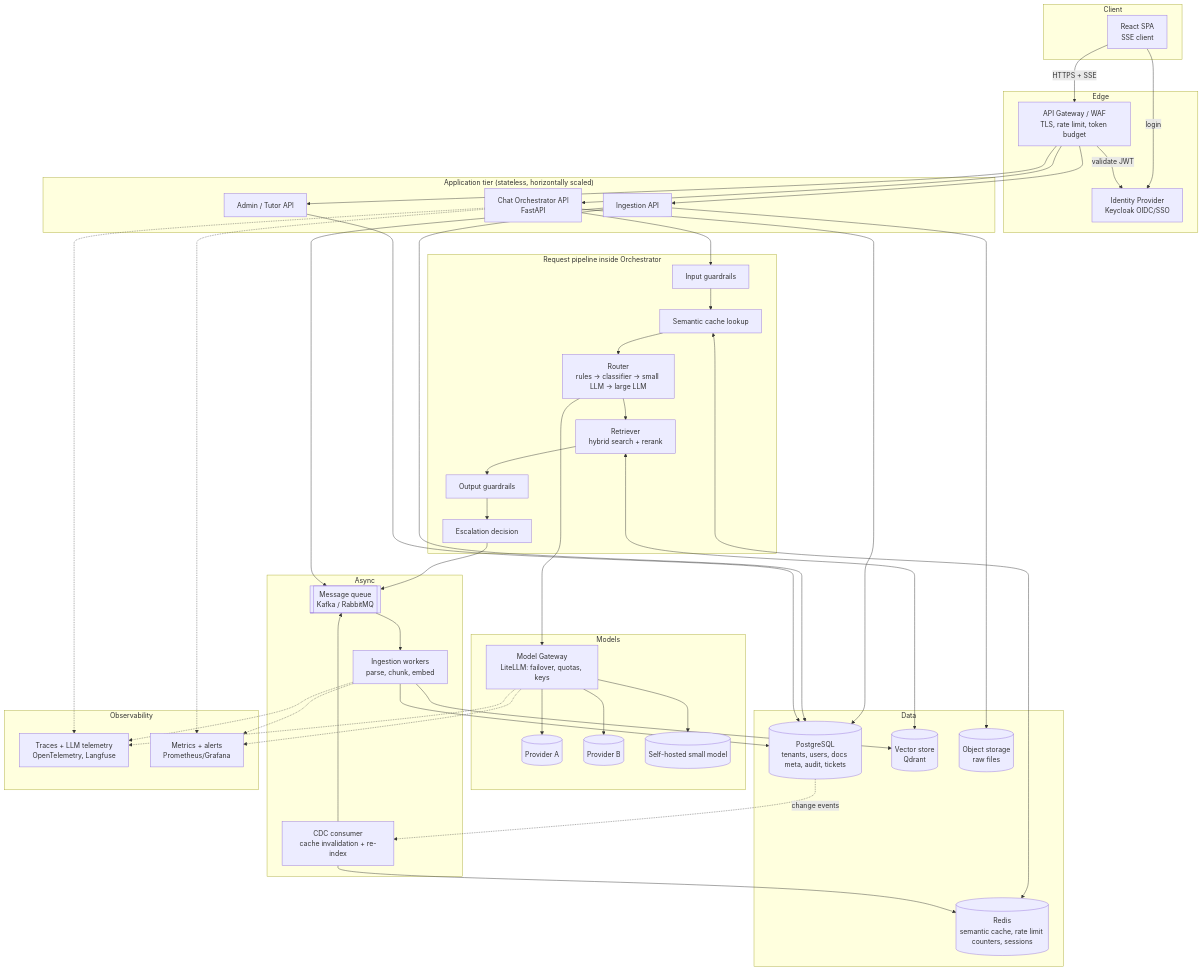
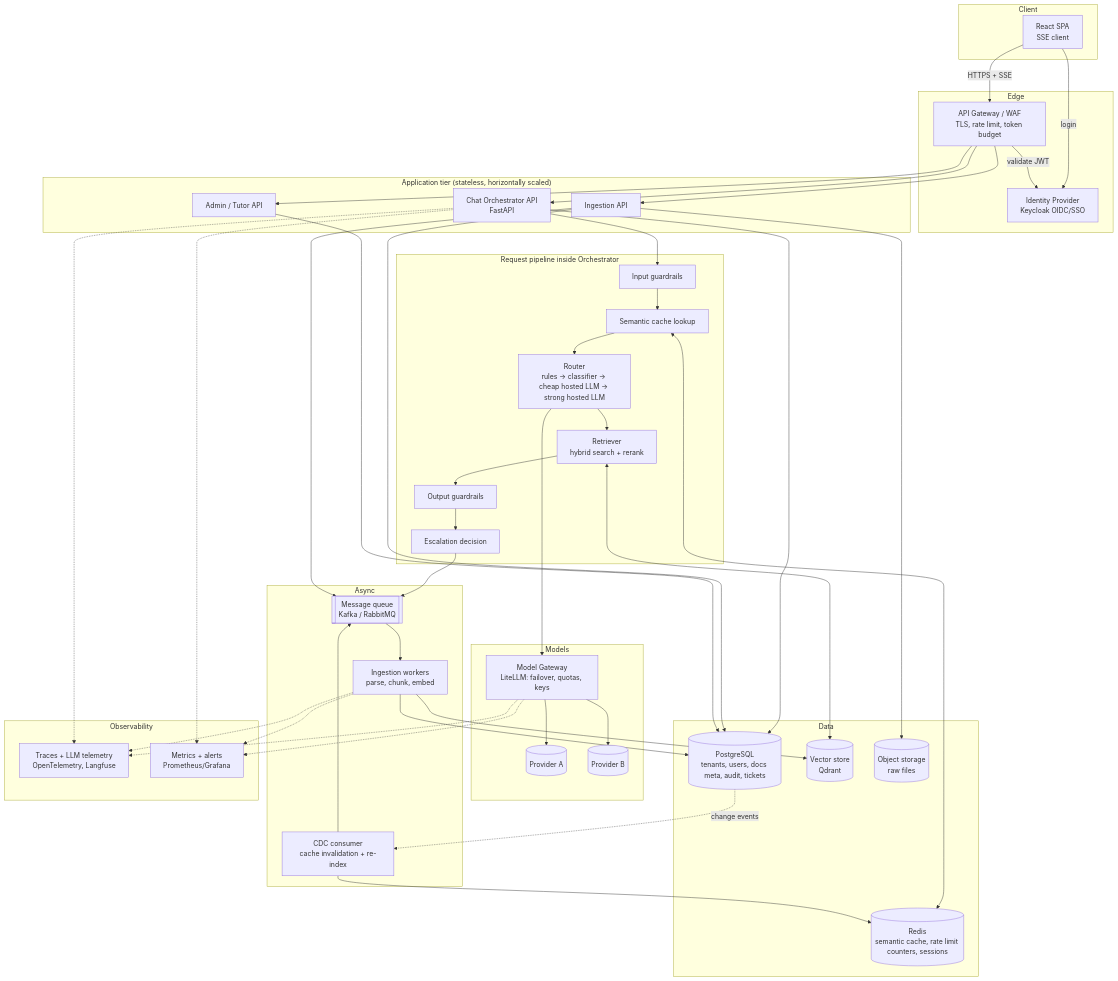
One commit to izasahmedldeveloper/ai-labs changed the diagram in docs/01-high-level-design.md. Above: the diagram before and after it, drawn with Mermaid. The commit also changed other lines of this file, not shown here.

First line of the commit message:
HLD: remove self-hosted small model; clarify router/retriever order

````diff
--- a/docs/01-high-level-design.md
+++ b/docs/01-high-level-design.md
@@ -16,61 +16,60 @@
 ```mermaid
 flowchart TB
   subgraph Client
     UI[React SPA<br/>SSE client]
   end
   subgraph Edge
     GW[API Gateway / WAF<br/>TLS, rate limit, token budget]
     IDP[Identity Provider<br/>Keycloak OIDC/SSO]
   end
   subgraph App["Application tier (stateless, horizontally scaled)"]
     CHAT[Chat Orchestrator API<br/>FastAPI]
     ING[Ingestion API]
     ADM[Admin / Tutor API]
   end
   subgraph Pipeline["Request pipeline inside Orchestrator"]
     IG[Input guardrails]
     SC[Semantic cache lookup]
-    RT[Router<br/>rules → classifier → small LLM → large LLM]
+    RT[Router<br/>rules → classifier → cheap hosted LLM → strong hosted LLM]
     RAG[Retriever<br/>hybrid search + rerank]
     OG[Output guardrails]
     HITL[Escalation decision]
   end
   subgraph Models
     MG[Model Gateway<br/>LiteLLM: failover, quotas, keys]
     P1[(Provider A)]
     P2[(Provider B)]
-    P3[(Self-hosted small model)]
   end
   subgraph Async
     Q[[Message queue<br/>Kafka / RabbitMQ]]
     W[Ingestion workers<br/>parse, chunk, embed]
     CDC[CDC consumer<br/>cache invalidation + re-index]
   end
   subgraph Data
     PG[(PostgreSQL<br/>tenants, users, docs meta, audit, tickets)]
     VS[(Vector store<br/>Qdrant)]
     RC[(Redis<br/>semantic cache, rate limit counters, sessions)]
     OBJ[(Object storage<br/>raw files)]
   end
   subgraph Obs[Observability]
     TR[Traces + LLM telemetry<br/>OpenTelemetry, Langfuse]
     MET[Metrics + alerts<br/>Prometheus/Grafana]
   end
 
   UI -->|HTTPS + SSE| GW --> CHAT
   UI -->|login| IDP
   GW -->|validate JWT| IDP
   GW --> ING & ADM
   CHAT --> IG --> SC --> RT --> RAG --> OG --> HITL
   SC <--> RC
   RAG <--> VS
-  RT --> MG --> P1 & P2 & P3
+  RT --> MG --> P1 & P2
   HITL --> Q
   ING --> OBJ
   ING --> Q --> W --> VS
   W --> PG
   PG -. change events .-> CDC --> RC
   CDC --> Q
   CHAT & ING & ADM --> PG
   CHAT & W & MG -.-> TR & MET
 ```
````
